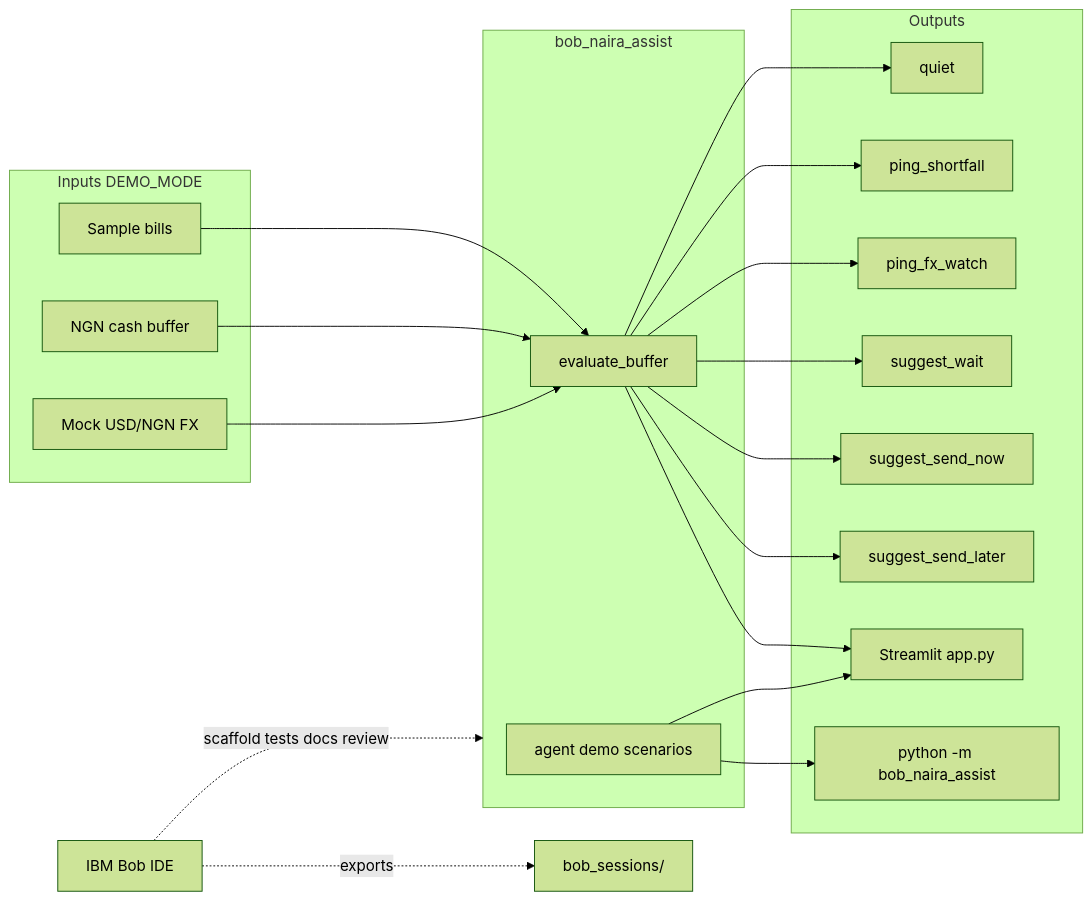
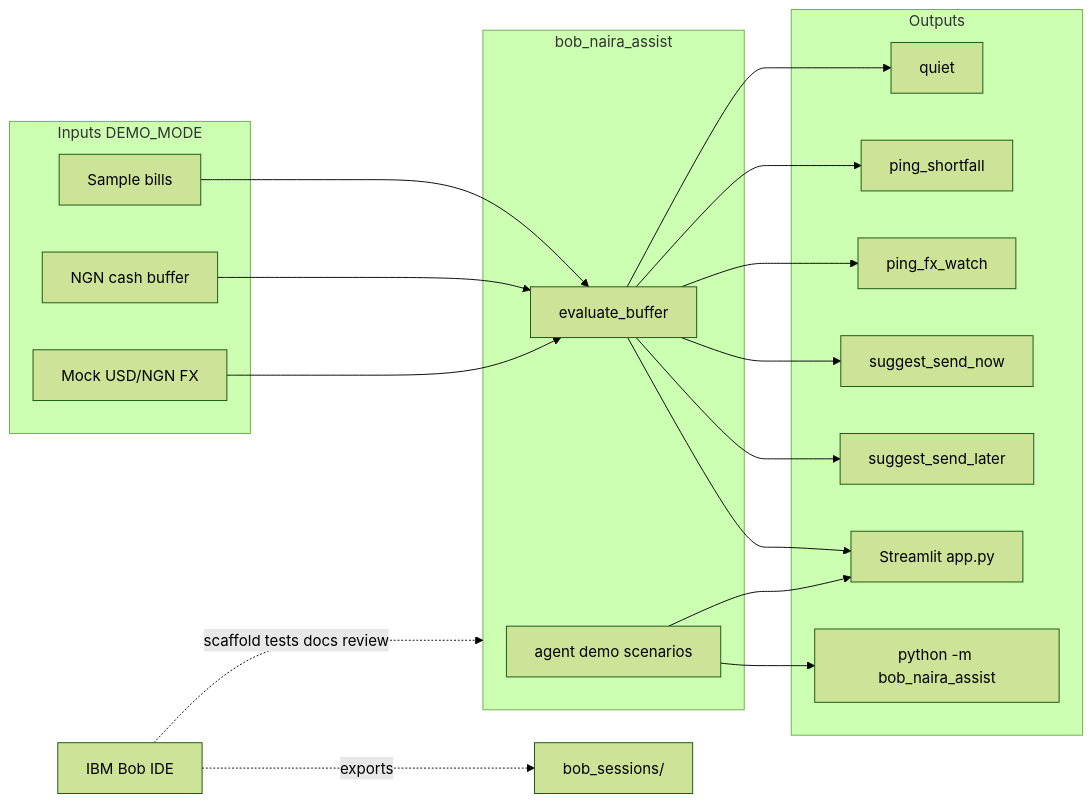
The diagram in docs/architecture.md (Quantumwoof/bob-naira-assist), drawn with Mermaid (forest theme) before and after one commit. The commit also changed other lines of this file and 9 other files, not shown here.

````diff
--- a/docs/architecture.md
+++ b/docs/architecture.md
@@ -8,40 +8,38 @@
 ```mermaid
 flowchart LR
   subgraph inputs [Inputs DEMO_MODE]
     Bills[Sample bills]
     Buffer[NGN cash buffer]
     FX[Mock USD/NGN FX]
   end
 
   subgraph core [bob_naira_assist]
     Eval[evaluate_buffer]
     Agent[agent demo scenarios]
   end
 
   subgraph outs [Outputs]
     Quiet[quiet]
     Shortfall[ping_shortfall]
     FxWatch[ping_fx_watch]
-    Wait[suggest_wait]
     Send[suggest_send_now]
     SendLater[suggest_send_later]
     UI[Streamlit app.py]
     CLI[python -m bob_naira_assist]
   end
 
   Bills --> Eval
   Buffer --> Eval
   FX --> Eval
   Eval --> Quiet
   Eval --> Shortfall
   Eval --> FxWatch
-  Eval --> Wait
   Eval --> Send
   Eval --> SendLater
   Agent --> CLI
   Eval --> UI
   Agent --> UI
 
   Bob[IBM Bob IDE] -.->|scaffold tests docs review| core
   Bob -.->|exports| Sessions[bob_sessions/]
 ```
````
